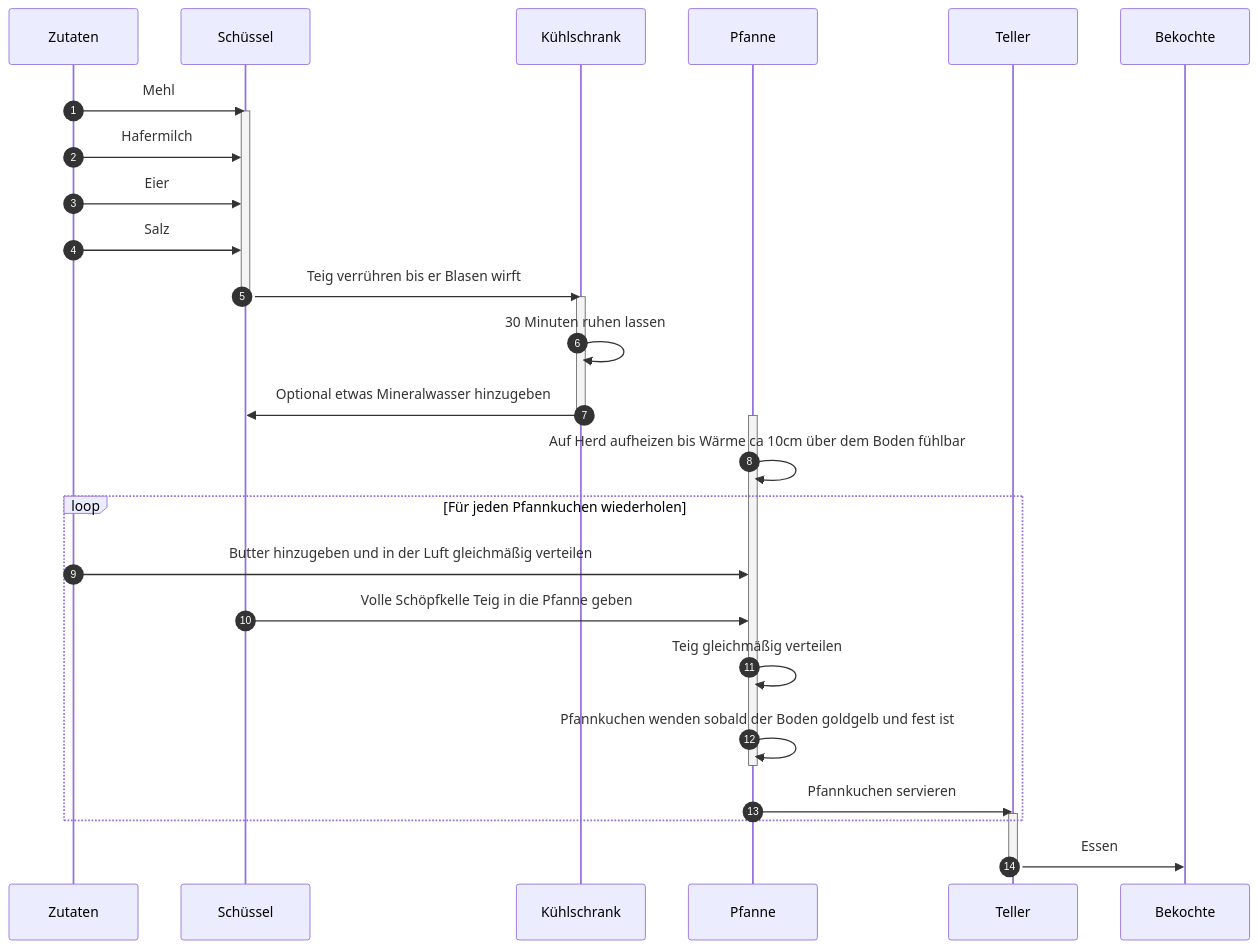
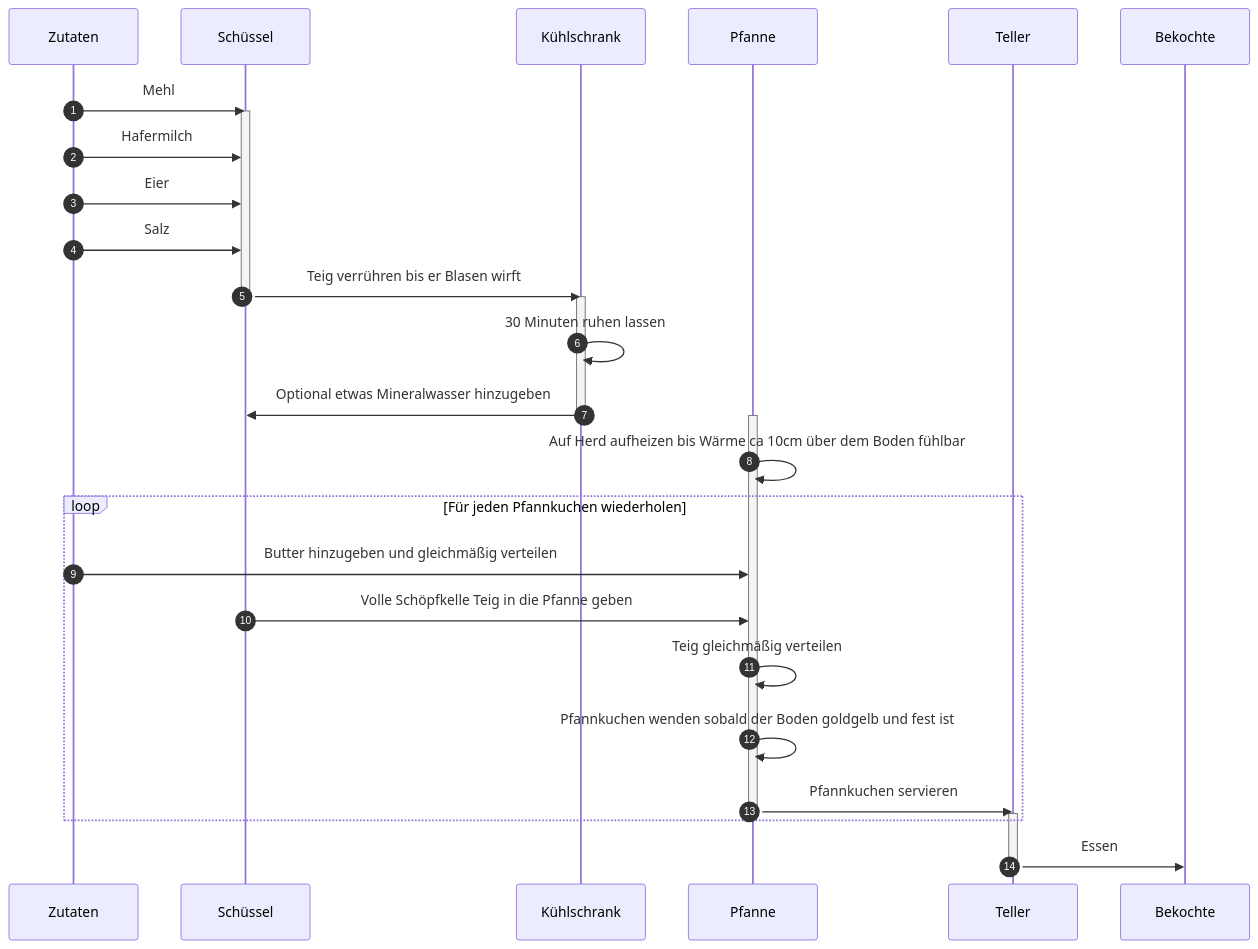
Before and after one commit to md42/arc42-website: the diagram in docs/querschnitt/Rezepte/pfannkuchen.md, drawn with Mermaid. The commit also changed 1 other file, not shown here.

Commit message:
Update pancakes

````diff
--- a/docs/querschnitt/Rezepte/pfannkuchen.md
+++ b/docs/querschnitt/Rezepte/pfannkuchen.md
@@ -17,31 +17,30 @@
 ```mermaid
 sequenceDiagram
     autonumber
     
     Zutaten ->> Schüssel: Mehl
     activate Schüssel
     Zutaten ->> Schüssel: Hafermilch
     Zutaten ->> Schüssel: Eier
     Zutaten ->> Schüssel: Salz
     Schüssel ->> Kühlschrank: Teig verrühren bis er Blasen wirft
     deactivate Schüssel
     activate Kühlschrank
     Kühlschrank ->> Kühlschrank: 30 Minuten ruhen lassen
     Kühlschrank ->> Schüssel: Optional etwas Mineralwasser hinzugeben
     deactivate Kühlschrank
     activate Pfanne
     Pfanne ->> Pfanne: Auf Herd aufheizen bis Wärme ca 10cm über dem Boden fühlbar
     
     loop Für jeden Pfannkuchen wiederholen
-        Zutaten ->> Pfanne: Butter hinzugeben und in der Luft gleichmäßig verteilen
+        Zutaten ->> Pfanne: Butter hinzugeben und gleichmäßig verteilen
         Schüssel ->> Pfanne: Volle Schöpfkelle Teig in die Pfanne geben
         Pfanne ->> Pfanne: Teig gleichmäßig verteilen
         Pfanne ->> Pfanne: Pfannkuchen wenden sobald der Boden goldgelb und fest ist
+        Pfanne ->> Teller: Pfannkuchen servieren
         deactivate Pfanne
-        
-        Pfanne ->> Teller: Pfannkuchen servieren
         activate Teller
     end
     Teller ->> Bekochte: Essen
     deactivate Teller
 ```
````
